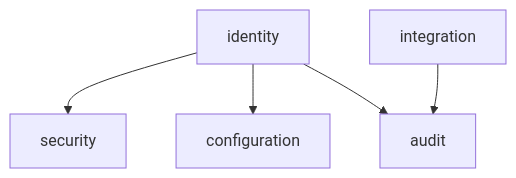
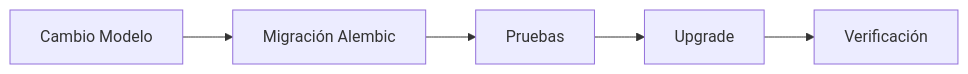
One commit to chirijose79-ui/Chiri changed diagram 23 of 30 in docs/050_BaseDatos.md. Above: the diagram before and after it, drawn with Mermaid. The commit also changed other lines of this file, not shown here.

Commit message:
docs(database): finalize PostgreSQL architecture

````diff
--- a/docs/050_BaseDatos.md
+++ b/docs/050_BaseDatos.md
@@ -1363,22 +1855,18 @@
-```mermaid id="6x2m8q"
-flowchart TB
+```mermaid id="z8q4nw"
+flowchart LR
 
-    Identity["identity"]
+    Change["Cambio Modelo"]
 
-    Security["security"]
+    Migration["Migración Alembic"]
 
-    Configuration["configuration"]
+    Test["Pruebas"]
 
-    Integration["integration"]
+    Upgrade["Upgrade"]
 
-    Audit["audit"]
+    Verification["Verificación"]
 
-
-    Identity --> Security
-
-    Identity --> Configuration
-
-    Identity --> Audit
-
-    Integration --> Audit
+    Change --> Migration
+    Migration --> Test
+    Test --> Upgrade
+    Upgrade --> Verification
 ```
````
